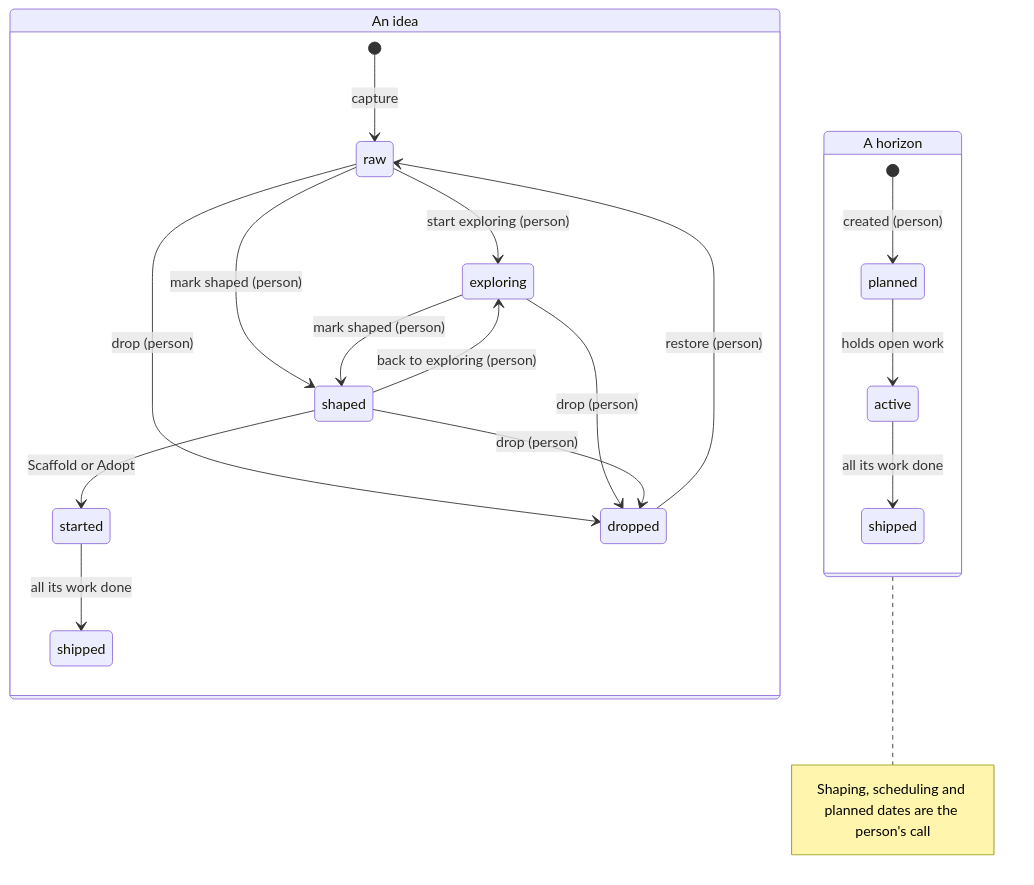
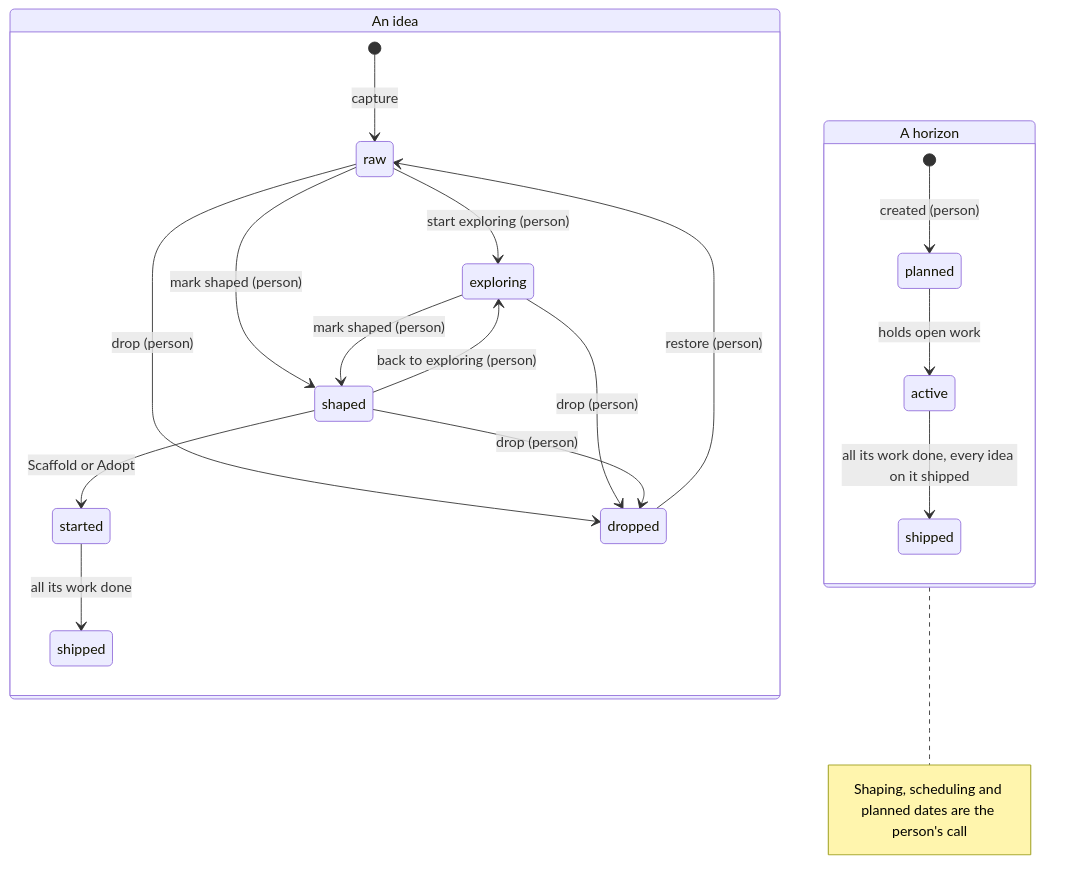
The diagram in docs/plan.md (vpetkovic/staple-tracker), drawn with Mermaid before and after one commit. The commit also changed other lines of this file and 1 other file, not shown here.

Commit message:
docs(plan): describe what a horizon counts and why it waits for its ideas

````diff
--- a/docs/plan.md
+++ b/docs/plan.md
@@ -31,27 +31,27 @@
 ```mermaid
 stateDiagram-v2
     state "An idea" as idea {
         [*] --> raw: capture
         raw --> exploring: start exploring (person)
         raw --> shaped: mark shaped (person)
         exploring --> shaped: mark shaped (person)
         shaped --> exploring: back to exploring (person)
         shaped --> started: Scaffold or Adopt
         started --> shipped: all its work done
         raw --> dropped: drop (person)
         exploring --> dropped: drop (person)
         shaped --> dropped: drop (person)
         dropped --> raw: restore (person)
     }
     state "A horizon" as horizon {
         state "planned" as h_planned
         state "active" as h_active
         state "shipped" as h_shipped
         [*] --> h_planned: created (person)
         h_planned --> h_active: holds open work
-        h_active --> h_shipped: all its work done
+        h_active --> h_shipped: all its work done, every idea on it shipped
     }
     note right of horizon
         Shaping, scheduling and planned dates are the person's call
     end note
 ```
````
